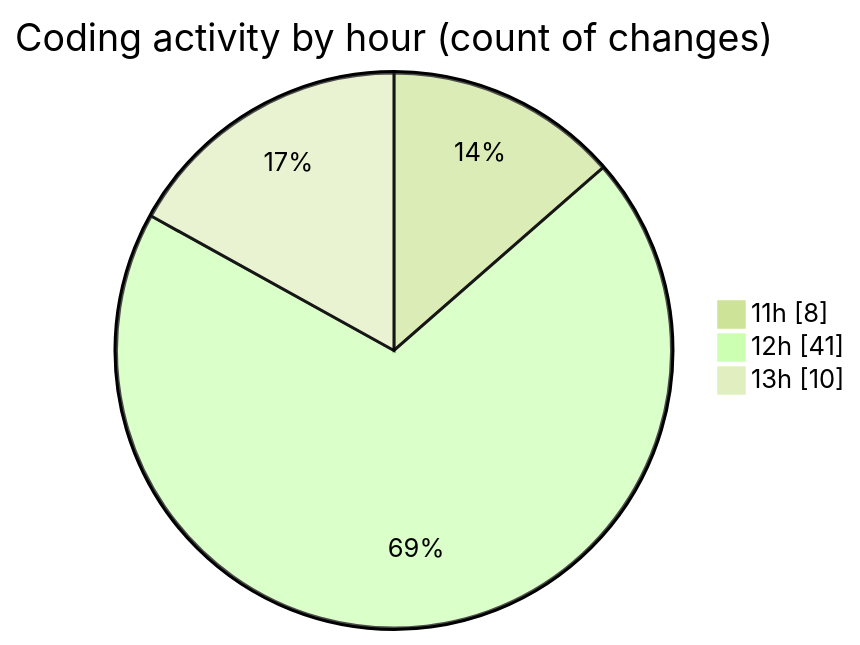
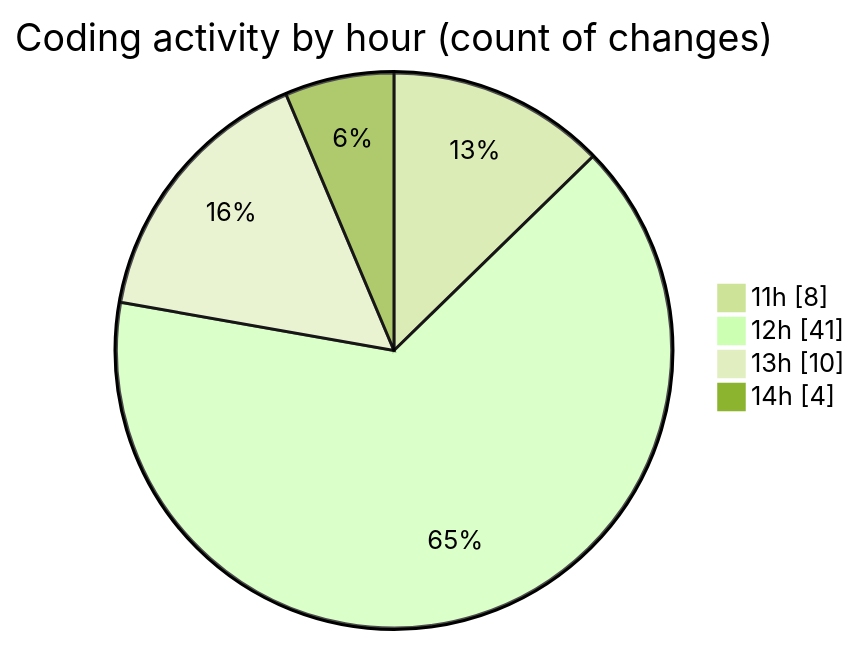
Before and after one commit to BS-eng2023/code-tracking: the second of 2 diagrams in 2025-05-04/project/README.md, drawn with Mermaid (forest theme). The commit also changed other lines of this file and 1 other file, not shown here.

````diff
--- a/2025-05-04/project/README.md
+++ b/2025-05-04/project/README.md
@@ -46,7 +46,8 @@
 ```mermaid
 pie showData
 title Coding activity by hour (count of changes)
 "11h" : 8
 "12h" : 41
 "13h" : 10
+"14h" : 4
 ```
````
